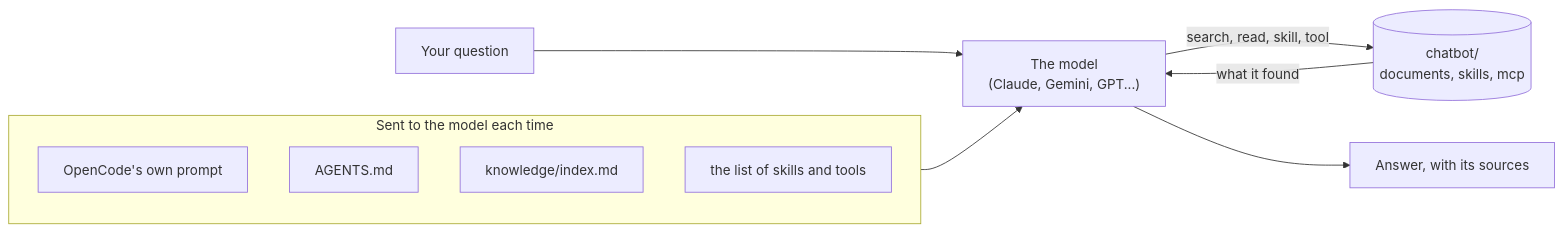
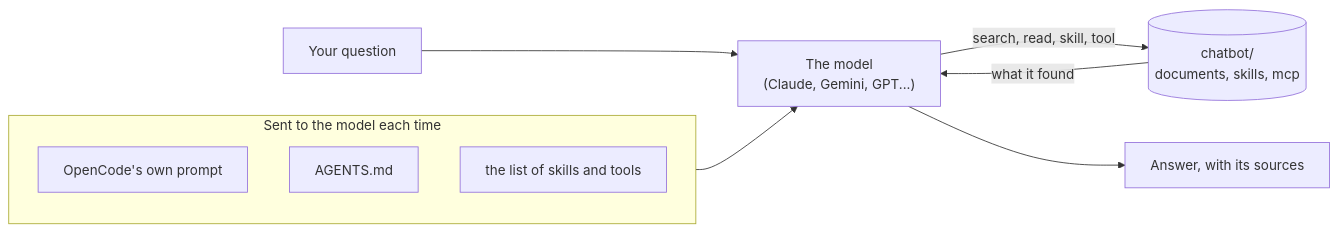
Before and after one commit to Youth-AI-Lab/yal-opencode-guide: the diagram in README.md, drawn with Mermaid. The commit also changed other lines of this file and 4 other files, not shown here.

````diff
--- a/README.md
+++ b/README.md
@@ -585,14 +586,13 @@
 ```mermaid
 flowchart LR
     Q["Your question"] --> M
     subgraph S["Sent to the model each time"]
         P["OpenCode's own prompt"]
         A["AGENTS.md"]
-        I["knowledge/index.md"]
         K["the list of skills and tools"]
     end
     S --> M["The model<br/>(Claude, Gemini, GPT...)"]
     M -- "search, read, skill, tool" --> F[("chatbot/<br/>documents, skills, mcp")]
     F -- "what it found" --> M
     M --> R["Answer, with its sources"]
 ```
````
